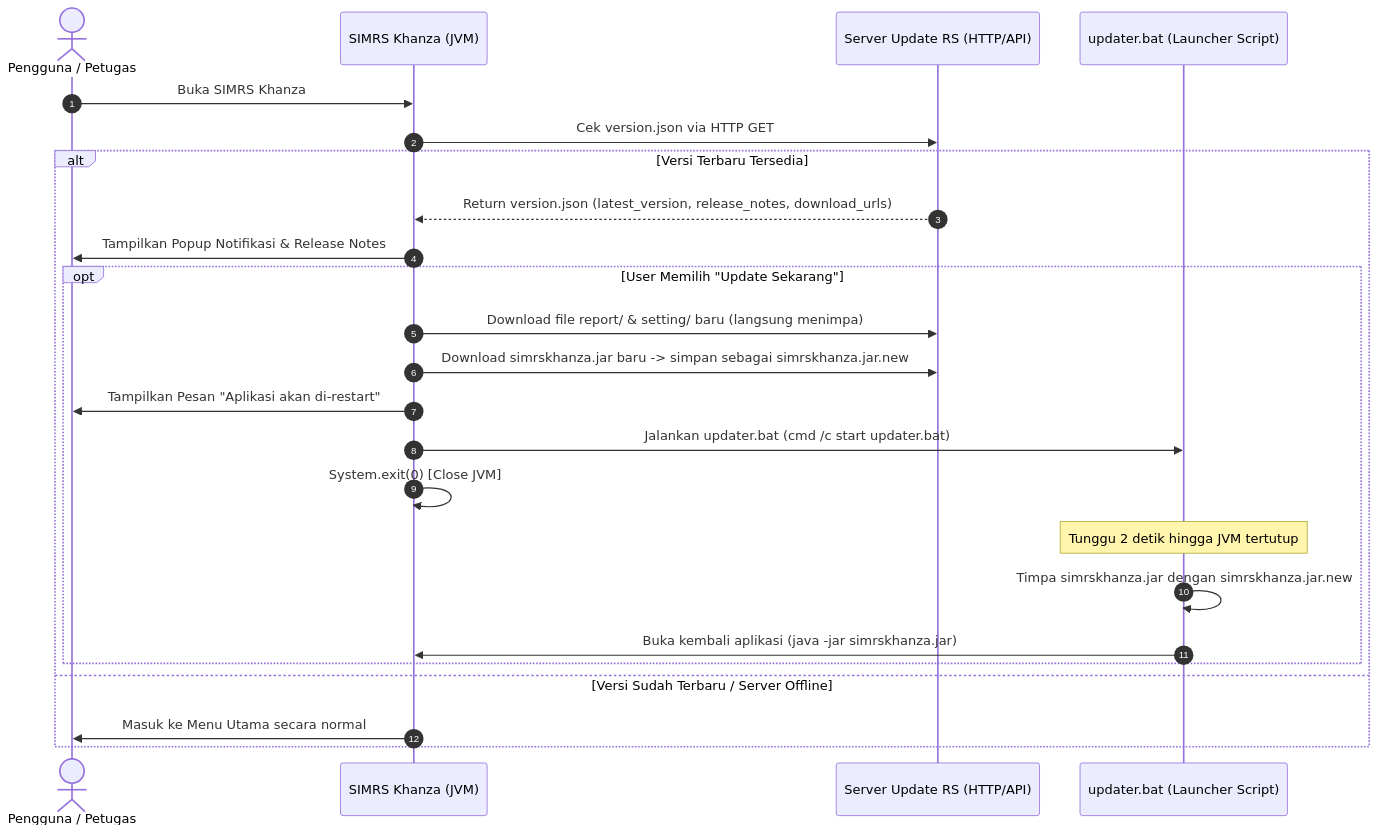
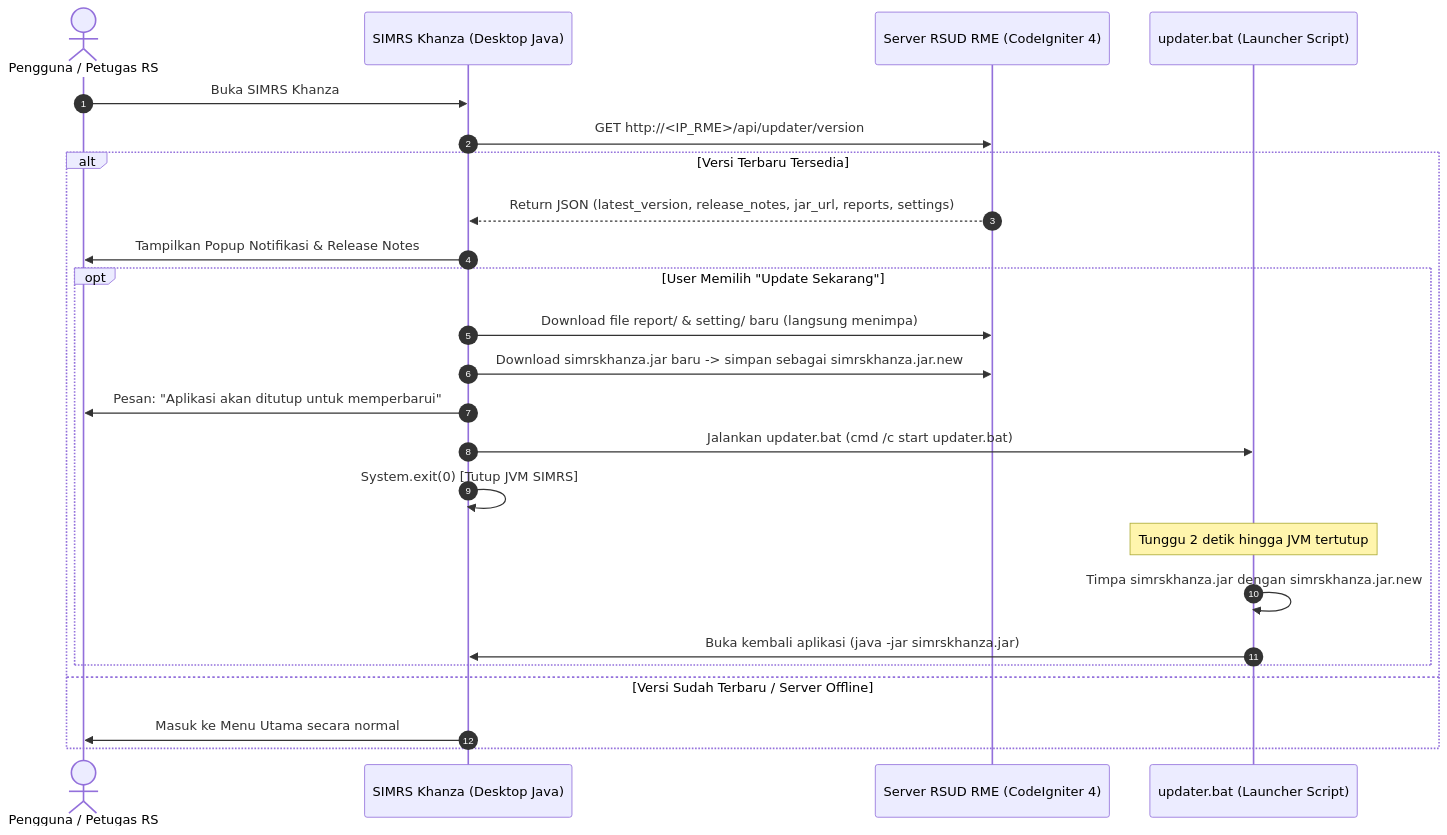
Before and after one commit to cnjonathan/SIMRS-Khanza-Custom-Toper: the diagram in mockup/perencanaan_auto_updater_simrs.md, drawn with Mermaid. The commit also changed other lines of this file, not shown here.

Commit message:
update plan auto updater

````diff
--- a/mockup/perencanaan_auto_updater_simrs.md
+++ b/mockup/perencanaan_auto_updater_simrs.md
@@ -9,27 +9,27 @@
 ```mermaid
 sequenceDiagram
     autonumber
-    actor User as Pengguna / Petugas
-    participant App as SIMRS Khanza (JVM)
-    participant Server as Server Update RS (HTTP/API)
+    actor User as Pengguna / Petugas RS
+    participant App as SIMRS Khanza (Desktop Java)
+    participant RME as Server RSUD RME (CodeIgniter 4)
     participant Script as updater.bat (Launcher Script)
 
     User->>App: Buka SIMRS Khanza
-    App->>Server: Cek version.json via HTTP GET
+    App->>RME: GET http://<IP_RME>/api/updater/version
     alt Versi Terbaru Tersedia
-        Server-->>App: Return version.json (latest_version, release_notes, download_urls)
+        RME-->>App: Return JSON (latest_version, release_notes, jar_url, reports, settings)
         App->>User: Tampilkan Popup Notifikasi & Release Notes
         opt User Memilih "Update Sekarang"
-            App->>Server: Download file report/ & setting/ baru (langsung menimpa)
-            App->>Server: Download simrskhanza.jar baru -> simpan sebagai simrskhanza.jar.new
-            App->>User: Tampilkan Pesan "Aplikasi akan di-restart"
+            App->>RME: Download file report/ & setting/ baru (langsung menimpa)
+            App->>RME: Download simrskhanza.jar baru -> simpan sebagai simrskhanza.jar.new
+            App->>User: Pesan: "Aplikasi akan ditutup untuk memperbarui"
             App->>Script: Jalankan updater.bat (cmd /c start updater.bat)
-            App->>App: System.exit(0) [Close JVM]
+            App->>App: System.exit(0) [Tutup JVM SIMRS]
             Note over Script: Tunggu 2 detik hingga JVM tertutup
             Script->>Script: Timpa simrskhanza.jar dengan simrskhanza.jar.new
             Script->>App: Buka kembali aplikasi (java -jar simrskhanza.jar)
         end
     else Versi Sudah Terbaru / Server Offline
         App->>User: Masuk ke Menu Utama secara normal
     end
 ```
````
